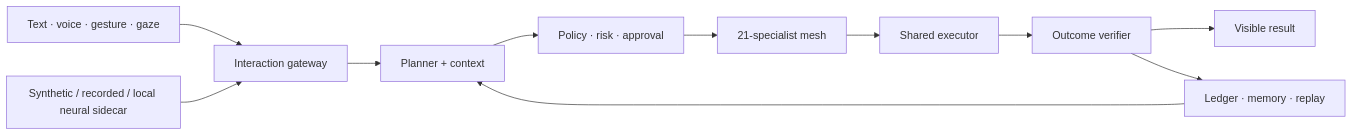
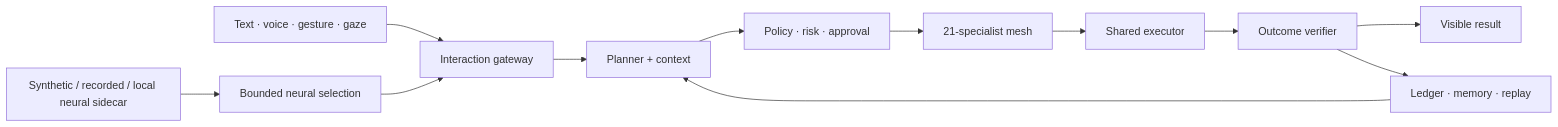
One commit to Abhi190702/Heliox-OS changed the diagram in README.md. Above: the diagram before and after it, drawn with Mermaid. The commit also changed other lines of this file and 10 other files, not shown here.

````diff
--- a/README.md
+++ b/README.md
@@ -123,13 +123,14 @@
 ```mermaid
 flowchart LR
     Input[Text · voice · gesture · gaze] --> Gateway[Interaction gateway]
     Gateway --> Planner[Planner + context]
     Planner --> Safety[Policy · risk · approval]
     Safety --> Mesh[21-specialist mesh]
     Mesh --> Executor[Shared executor]
     Executor --> Verifier[Outcome verifier]
     Verifier --> Result[Visible result]
     Verifier --> Memory[Ledger · memory · replay]
     Memory --> Planner
-    Neurod[Synthetic / recorded / local neural sidecar] --> Gateway
+    Neurod[Synthetic / recorded / local neural sidecar] --> NeuralSelect[Bounded neural selection]
+    NeuralSelect --> Gateway
 ```
````
